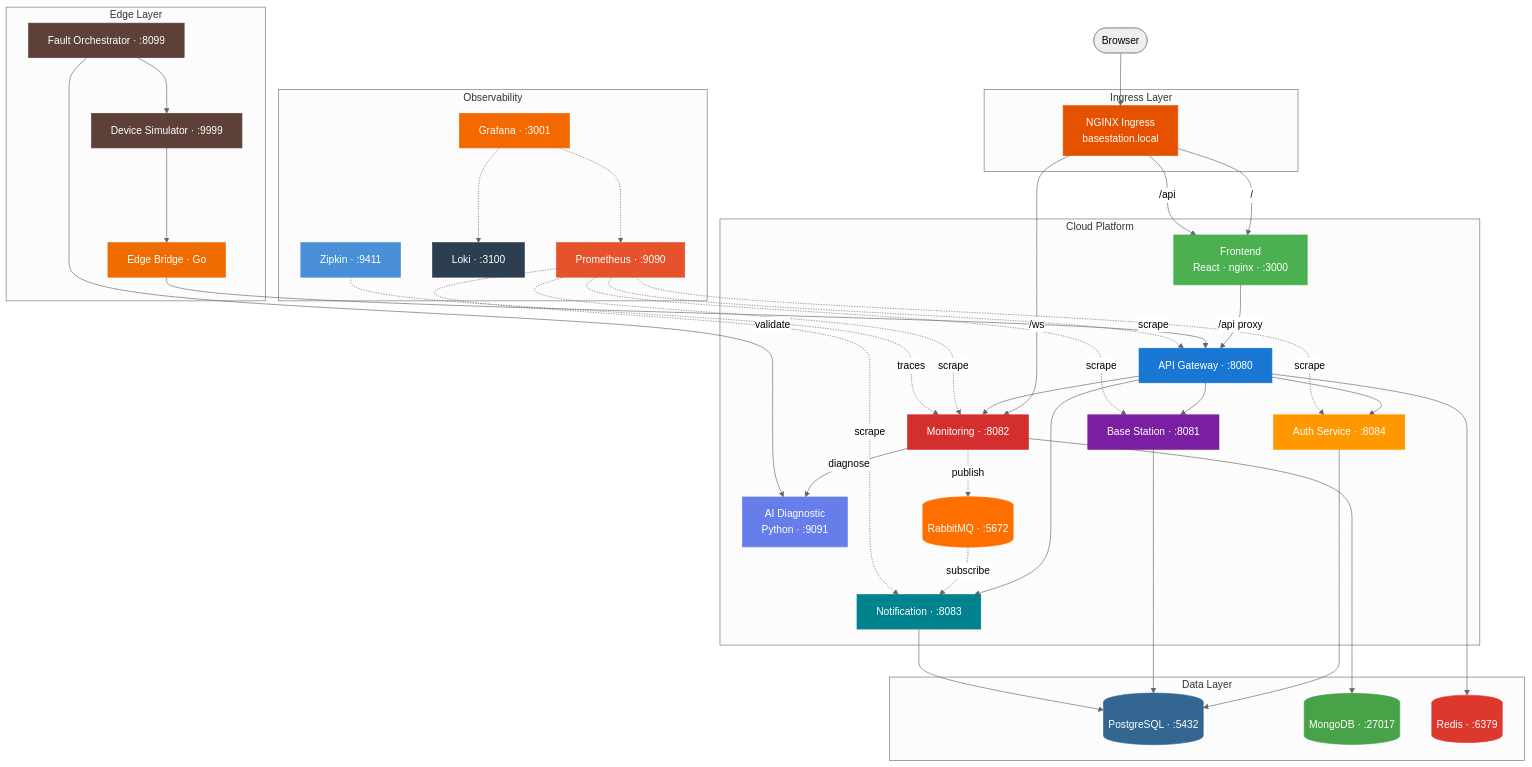
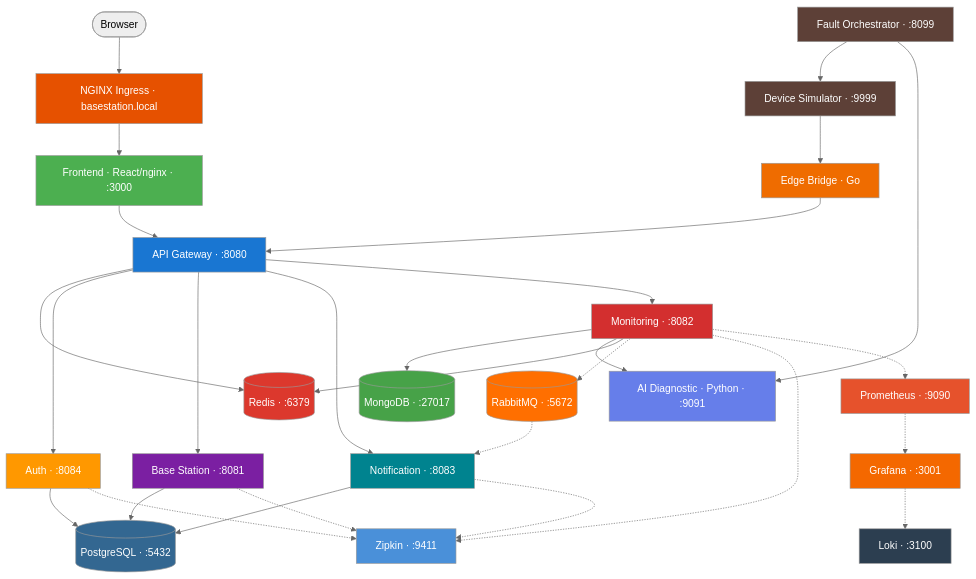
One commit to ErselSeyit/base-station-platform changed the diagram in README.md. Above: the diagram before and after it, drawn with Mermaid (neutral theme).

Commit message:
docs: update architecture diagram with complete service connections

````diff
--- a/README.md
+++ b/README.md
@@ -3,66 +3,52 @@
 ```mermaid
-graph TB
-    User([Browser]) --> Ingress
+graph TD
+    User([Browser]) --> Ingress[NGINX Ingress · basestation.local]
+    Ingress --> FE[Frontend · React/nginx · :3000]
 
-    subgraph Ingress Layer
-        Ingress[NGINX Ingress<br/>basestation.local]
-    end
+    FS[Fault Orchestrator · :8099] --> DS[Device Simulator · :9999]
+    DS --> EB[Edge Bridge · Go]
 
-    Ingress -->|"/ "| FE
-    Ingress -->|"/api"| FE
-    Ingress -->|"/ws"| MS
+    FE --> GW[API Gateway · :8080]
+    EB --> GW
 
-    subgraph Cloud Platform
-        FE[Frontend<br/>React · nginx · :3000] -->|"/api proxy"| GW[API Gateway · :8080]
+    GW --> REDIS[(Redis · :6379)]
+    GW --> AS[Auth · :8084]
+    GW --> BS[Base Station · :8081]
+    GW --> NS[Notification · :8083]
+    GW --> MS[Monitoring · :8082]
 
-        GW --> AS[Auth Service · :8084]
-        GW --> BS[Base Station · :8081]
-        GW --> MS[Monitoring · :8082]
-        GW --> NS[Notification · :8083]
+    AS --> PG[(PostgreSQL · :5432)]
+    BS --> PG
+    NS --> PG
+    MS --> MDB[(MongoDB · :27017)]
+    MS --> AI[AI Diagnostic · Python · :9091]
+    MS --> REDIS
+    MS -.-> RMQ[(RabbitMQ · :5672)]
+    RMQ -.-> NS
+    FS --> AI
+    AS & BS & NS & MS -.-> ZIP[Zipkin · :9411]
 
-        MS -->|diagnose| AI[AI Diagnostic<br/>Python · :9091]
-        MS -.->|publish| RMQ
-        RMQ -.->|subscribe| NS
-    end
+    MS -.-> PROM[Prometheus · :9090]
+    PROM -.-> GRAF[Grafana · :3001]
+    GRAF -.-> LOKI[Loki · :3100]
 
-    subgraph Edge Layer
-        EB[Edge Bridge · Go] --> GW
-        DS[Device Simulator · :9999] --> EB
-        FS[Fault Orchestrator · :8099] --> DS
-        FS -->|validate| AI
-    end
-
-    subgraph Data Layer
-        AS & BS & NS --> PG[(PostgreSQL · :5432)]
-        MS --> MDB[(MongoDB · :27017)]
-        GW --> REDIS[(Redis · :6379)]
-        RMQ[(RabbitMQ · :5672)]
-    end
-
-    subgraph Observability
-        PROM[Prometheus · :9090] -.->|scrape| GW & AS & BS & MS & NS
-        GRAF[Grafana · :3001] -.-> PROM
-        GRAF -.-> LOKI[Loki · :3100]
-        ZIP[Zipkin · :9411] -.->|traces| MS
-    end
-
-    style Ingress fill:#e65100,color:#fff,stroke:#e65100
-    style FE fill:#4caf50,color:#fff,stroke:#4caf50
-    style GW fill:#1976d2,color:#fff,stroke:#1976d2
-    style AS fill:#ff9800,color:#fff,stroke:#ff9800
-    style BS fill:#7b1fa2,color:#fff,stroke:#7b1fa2
-    style MS fill:#d32f2f,color:#fff,stroke:#d32f2f
-    style NS fill:#00838f,color:#fff,stroke:#00838f
-    style AI fill:#667eea,color:#fff,stroke:#667eea
-    style EB fill:#ef6c00,color:#fff,stroke:#ef6c00
-    style DS fill:#5d4037,color:#fff,stroke:#5d4037
-    style FS fill:#5d4037,color:#fff,stroke:#5d4037
-    style PG fill:#336791,color:#fff,stroke:#336791
-    style MDB fill:#47a248,color:#fff,stroke:#47a248
-    style REDIS fill:#dc382d,color:#fff,stroke:#dc382d
-    style RMQ fill:#ff6f00,color:#fff,stroke:#ff6f00
-    style PROM fill:#e6522c,color:#fff,stroke:#e6522c
-    style GRAF fill:#f46800,color:#fff,stroke:#f46800
-    style LOKI fill:#2c3e50,color:#fff,stroke:#2c3e50
-    style ZIP fill:#4a90d9,color:#fff,stroke:#4a90d9
+    style Ingress fill:#e65100,color:#fff
+    style FE fill:#4caf50,color:#fff
+    style GW fill:#1976d2,color:#fff
+    style AS fill:#ff9800,color:#fff
+    style BS fill:#7b1fa2,color:#fff
+    style MS fill:#d32f2f,color:#fff
+    style NS fill:#00838f,color:#fff
+    style AI fill:#667eea,color:#fff
+    style EB fill:#ef6c00,color:#fff
+    style DS fill:#5d4037,color:#fff
+    style FS fill:#5d4037,color:#fff
+    style PG fill:#336791,color:#fff
+    style MDB fill:#47a248,color:#fff
+    style REDIS fill:#dc382d,color:#fff
+    style RMQ fill:#ff6f00,color:#fff
+    style PROM fill:#e6522c,color:#fff
+    style GRAF fill:#f46800,color:#fff
+    style LOKI fill:#2c3e50,color:#fff
+    style ZIP fill:#4a90d9,color:#fff
 ```
````
